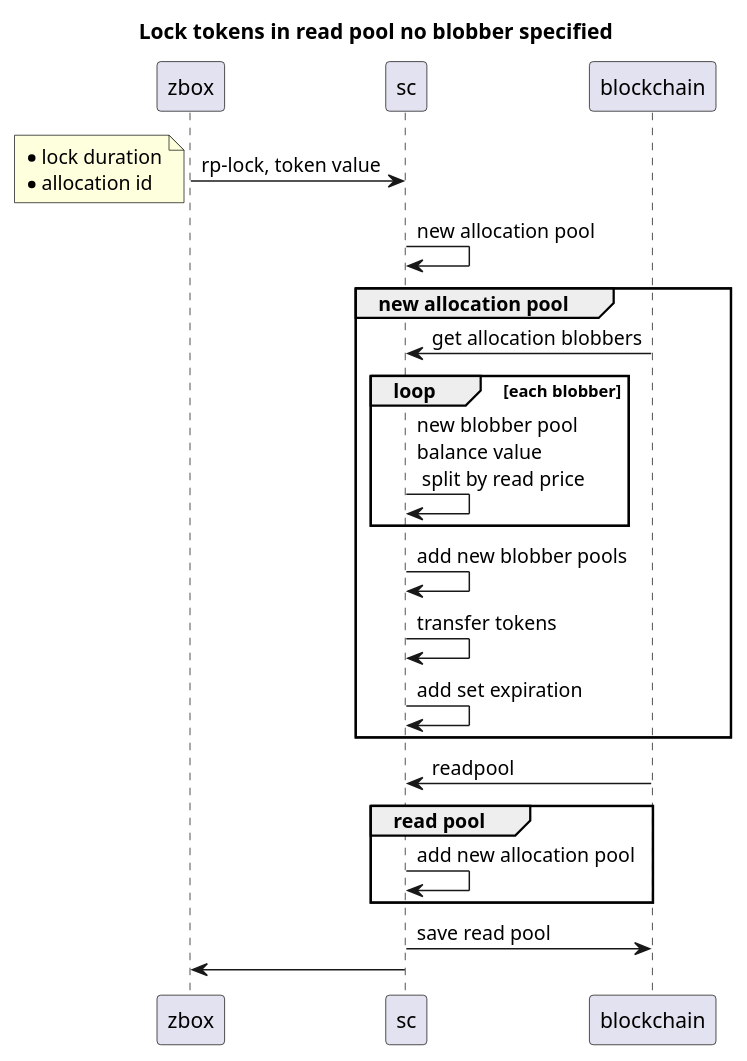
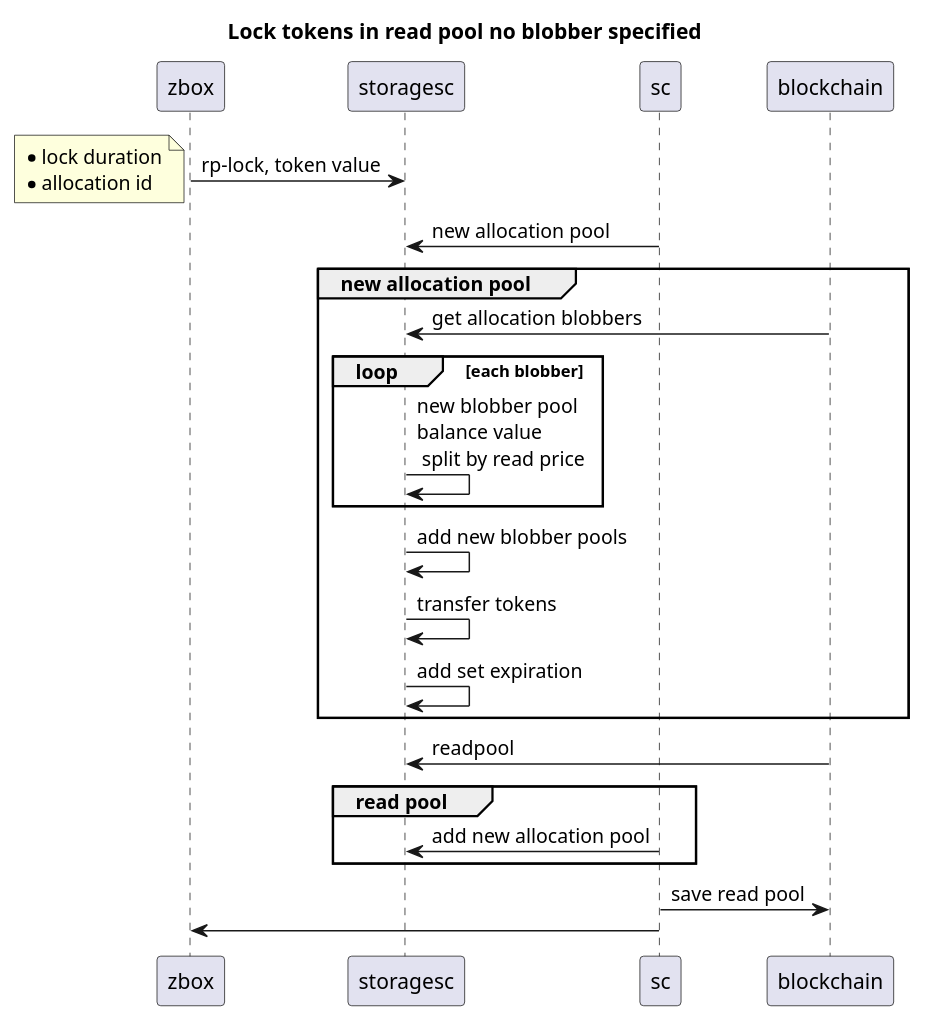
Before and after one commit to 0chain/zboxcli: diagram 28 of 32 in documents/uml.md, drawn with PlantUML. The commit also changed other lines of this file and 1 other file, not shown here.

````diff
--- a/documents/uml.md
+++ b/documents/uml.md
@@ -642,24 +648,24 @@
 ```puml
 title Lock tokens in read pool no blobber specified
-zbox -> sc : rp-lock, token value
+zbox ->storagesc: rp-lock, token value
 note left
     * lock duration
     * allocation id
 end note 
-sc -> sc : new allocation pool
+sc ->storagesc: new allocation pool
 group new allocation pool
-    blockchain -> sc : get allocation blobbers
+    blockchain ->storagesc: get allocation blobbers
     loop each blobber
-        sc -> sc : new blobber pool\nbalance value \n split by read price
+       storagesc->storagesc: new blobber pool\nbalance value \n split by read price
     end
-    sc -> sc : add new blobber pools
-    sc -> sc : transfer tokens
-    sc -> sc : add set expiration
+   storagesc->storagesc: add new blobber pools
+   storagesc->storagesc: transfer tokens
+   storagesc->storagesc: add set expiration
 end
-blockchain -> sc : readpool
+blockchain ->storagesc: readpool
 group read pool
-sc -> sc : add new allocation pool
+sc ->storagesc: add new allocation pool
 end 
 sc -> blockchain : save read pool
 sc -> zbox
 ```
````
